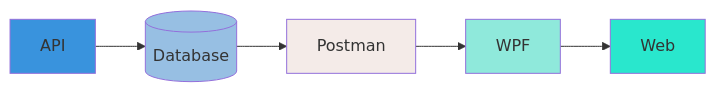
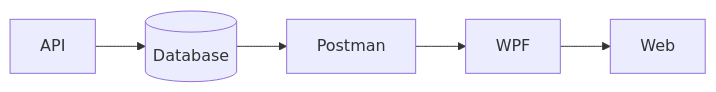
The third of 3 diagrams in README.md (ThisIsCed/CSGO-TEAM-API), drawn with Mermaid before and after one commit. The commit also changed other lines of this file and 29 other files, not shown here.

````diff
--- a/README.md
+++ b/README.md
@@ -98,9 +98,4 @@
 ```mermaid
 flowchart LR
-API:::apiclass --> Database[(Database)]:::dbclass--> Postman:::postman --> WPF:::wpfclass --> Web:::webclass
-classDef apiclass fill:#3993DD
-classDef dbclass fill:#97BFE3
-classDef postman fill:#F4EBE8
-classDef wpfclass fill:#8FE9DB
-classDef webclass fill:#29E7CD
+API --> Database[(Database)]--> Postman --> WPF --> Web
 ```
````
